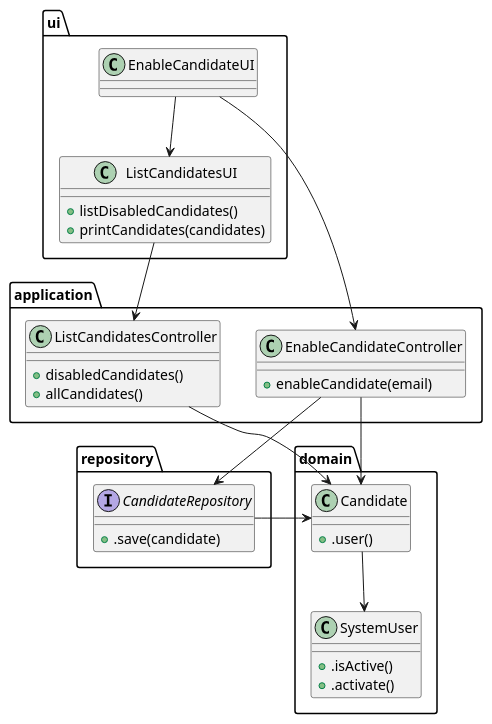
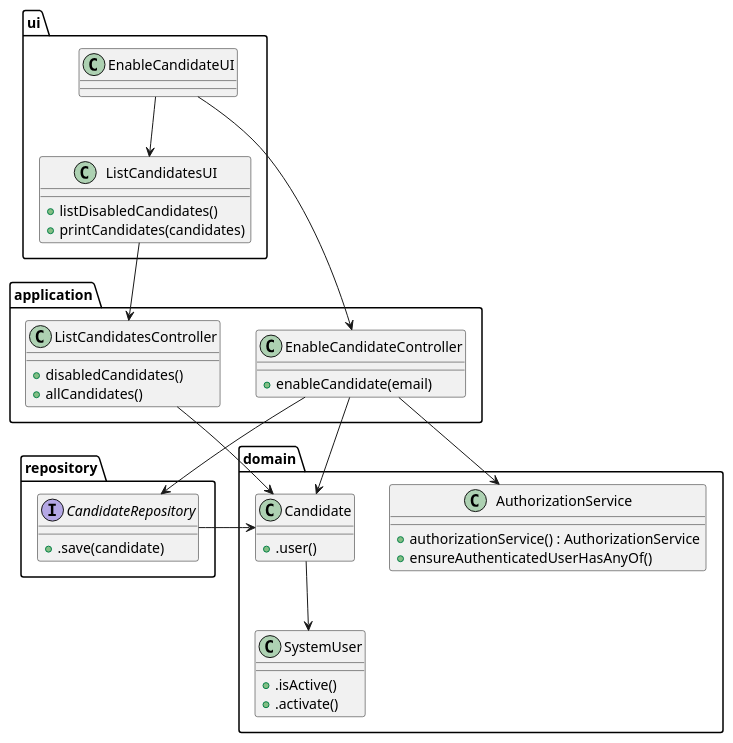
Before and after one commit to marcoferreira37/Lapr4: the diagram in docs/sprintC/2000b/puml/SD1_EnableCandidate/2000b-class-diagram.puml, drawn with PlantUML. The commit also changed 3 other files, not shown here.

Commit message:
#37 last changes in sequence and class diagram for 2000b (added the authentication service)

```diff
--- a/docs/sprintC/2000b/puml/SD1_EnableCandidate/2000b-class-diagram.puml
+++ b/docs/sprintC/2000b/puml/SD1_EnableCandidate/2000b-class-diagram.puml
@@ -1,59 +1,65 @@
 @startuml
 
 
 
 
 package ui {
         class EnableCandidateUI {
         }
 
         class ListCandidatesUI{
             +listDisabledCandidates()
             +printCandidates(candidates)
         }
     }
 
 
 
 
     package application {
         class EnableCandidateController {
             +enableCandidate(email)
         }
 
         class ListCandidatesController{
             +disabledCandidates()
             +allCandidates()
         }
     }
 
     package repository {
 
         interface CandidateRepository{
             +.save(candidate)
         }
     }
 
     package domain {
         class SystemUser{
             +.isActive()
             +.activate()
         }
 
+        class AuthorizationService {
+            +authorizationService() : AuthorizationService
+            +ensureAuthenticatedUserHasAnyOf()
+        }
+
         class Candidate {
             +.user()
         }
     }
 
 
 
 EnableCandidateUI --> EnableCandidateController
 EnableCandidateUI --> ListCandidatesUI
 ListCandidatesUI --> ListCandidatesController
 ListCandidatesController --> Candidate
 Candidate --> SystemUser
 EnableCandidateController --> Candidate
 EnableCandidateController --> CandidateRepository
 CandidateRepository -> Candidate
+EnableCandidateController --> AuthorizationService
 
 @enduml
```
